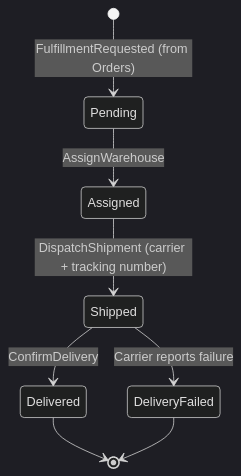
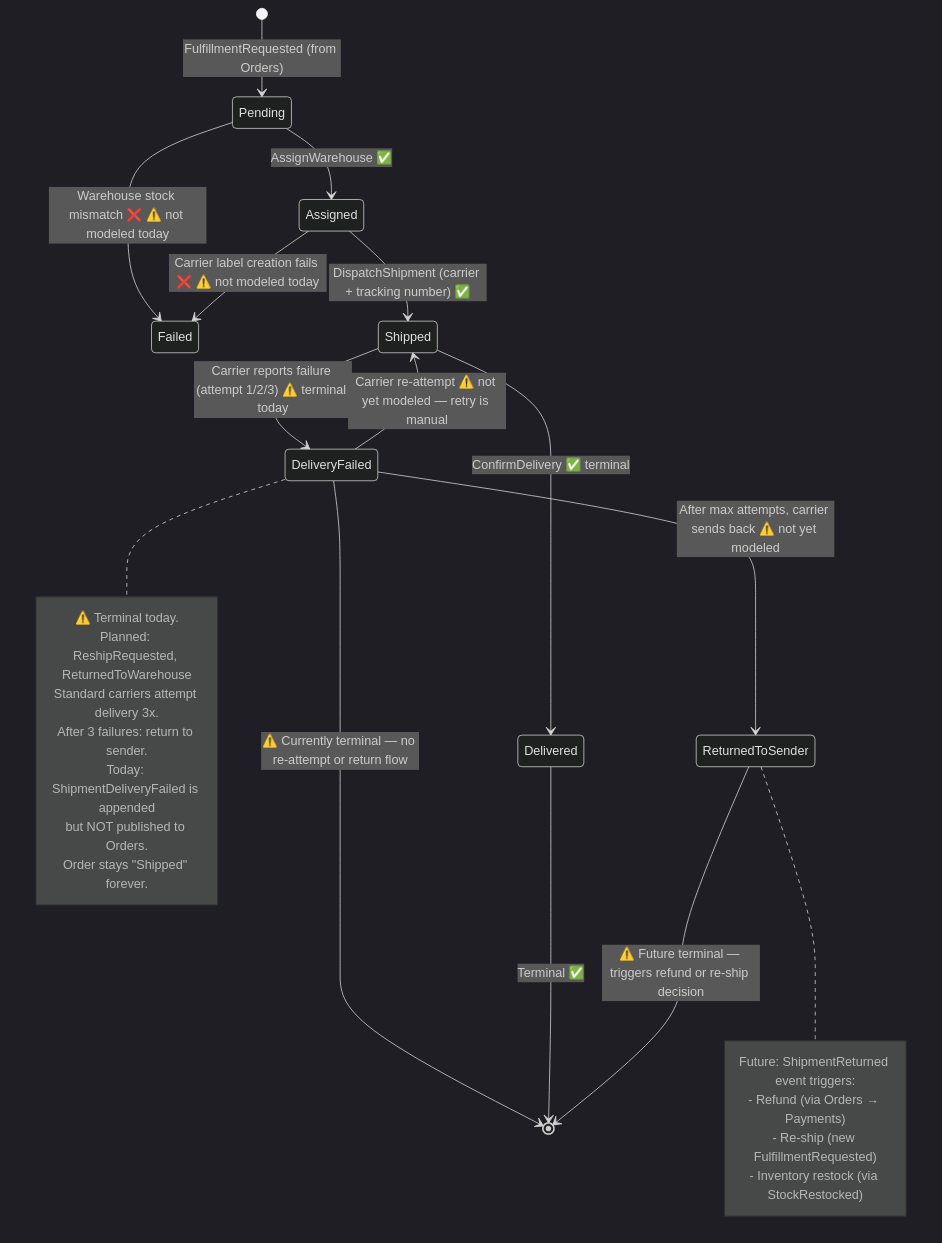
The first of 8 diagrams in src/Fulfillment/Fulfillment.Api/README.md (erikshafer/CritterSupply), drawn with Mermaid (dark theme) before and after one commit. The commit also changed other lines of this file and 7 other files, not shown here.

Commit message:
docs: enhance BC READMEs with off-path flows, compensation events, and PO discussion questions

````diff
--- a/src/Fulfillment/Fulfillment.Api/README.md
+++ b/src/Fulfillment/Fulfillment.Api/README.md
@@ -30,10 +32,36 @@
 ```mermaid
 stateDiagram-v2
     [*] --> Pending : FulfillmentRequested (from Orders)
-    Pending --> Assigned : AssignWarehouse
-    Assigned --> Shipped : DispatchShipment (carrier + tracking number)
-    Shipped --> Delivered : ConfirmDelivery
-    Shipped --> DeliveryFailed : Carrier reports failure
-    Delivered --> [*]
-    DeliveryFailed --> [*]
+
+    Pending --> Assigned : AssignWarehouse ✅
+    Pending --> Failed : Warehouse stock mismatch ❌ ⚠️ not modeled today
+
+    Assigned --> Shipped : DispatchShipment (carrier + tracking number) ✅
+    Assigned --> Failed : Carrier label creation fails ❌ ⚠️ not modeled today
+
+    Shipped --> Delivered : ConfirmDelivery ✅ terminal
+    Shipped --> DeliveryFailed : Carrier reports failure (attempt 1/2/3) ⚠️ terminal today
+
+    DeliveryFailed --> Shipped : Carrier re-attempt ⚠️ not yet modeled — retry is manual
+    DeliveryFailed --> ReturnedToSender : After max attempts, carrier sends back ⚠️ not yet modeled
+    DeliveryFailed --> [*] : ⚠️ Currently terminal — no re-attempt or return flow
+
+    Delivered --> [*] : Terminal ✅
+    ReturnedToSender --> [*] : ⚠️ Future terminal — triggers refund or re-ship decision
+
+    note right of DeliveryFailed
+        ⚠️ Terminal today.
+        Planned: ReshipRequested, ReturnedToWarehouse
+        Standard carriers attempt delivery 3x.
+        After 3 failures: return to sender.
+        Today: ShipmentDeliveryFailed is appended
+        but NOT published to Orders.
+        Order stays "Shipped" forever.
+    end note
+    note right of ReturnedToSender
+        Future: ShipmentReturned event triggers:
+        - Refund (via Orders → Payments)
+        - Re-ship (new FulfillmentRequested)
+        - Inventory restock (via StockRestocked)
+    end note
 ```
````
